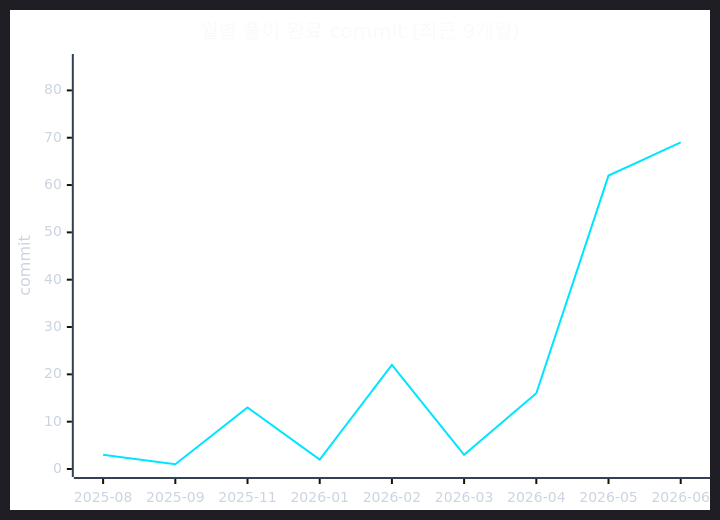
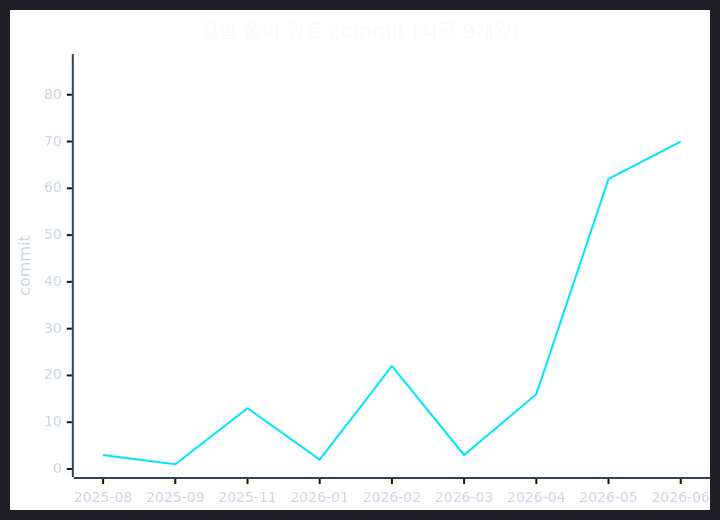
The second of 2 diagrams in readme.md (CHOOSLA/Algorithm), drawn with Mermaid before and after one commit. The commit also changed other lines of this file and 2 other files, not shown here.

````diff
--- a/readme.md
+++ b/readme.md
@@ -71,22 +71,22 @@
 ```mermaid
 ---
 config:
   theme: dark
   themeVariables:
     background: '#0d1117'
     xyChart:
       titleColor: '#f8fafc'
       xAxisLabelColor: '#cbd5e1'
       xAxisTitleColor: '#cbd5e1'
       xAxisLineColor: '#334155'
       yAxisLabelColor: '#cbd5e1'
       yAxisTitleColor: '#cbd5e1'
       yAxisLineColor: '#334155'
       plotColorPalette: '#00e5ff'
 ---
 xychart-beta
   title "월별 풀이 완료 commit (최근 9개월)"
   x-axis ["2025-08", "2025-09", "2025-11", "2026-01", "2026-02", "2026-03", "2026-04", "2026-05", "2026-06"]
-  y-axis "commit" 0 --> 86
-  line [3, 1, 13, 2, 22, 3, 16, 62, 69]
+  y-axis "commit" 0 --> 87
+  line [3, 1, 13, 2, 22, 3, 16, 62, 70]
 ```
````
